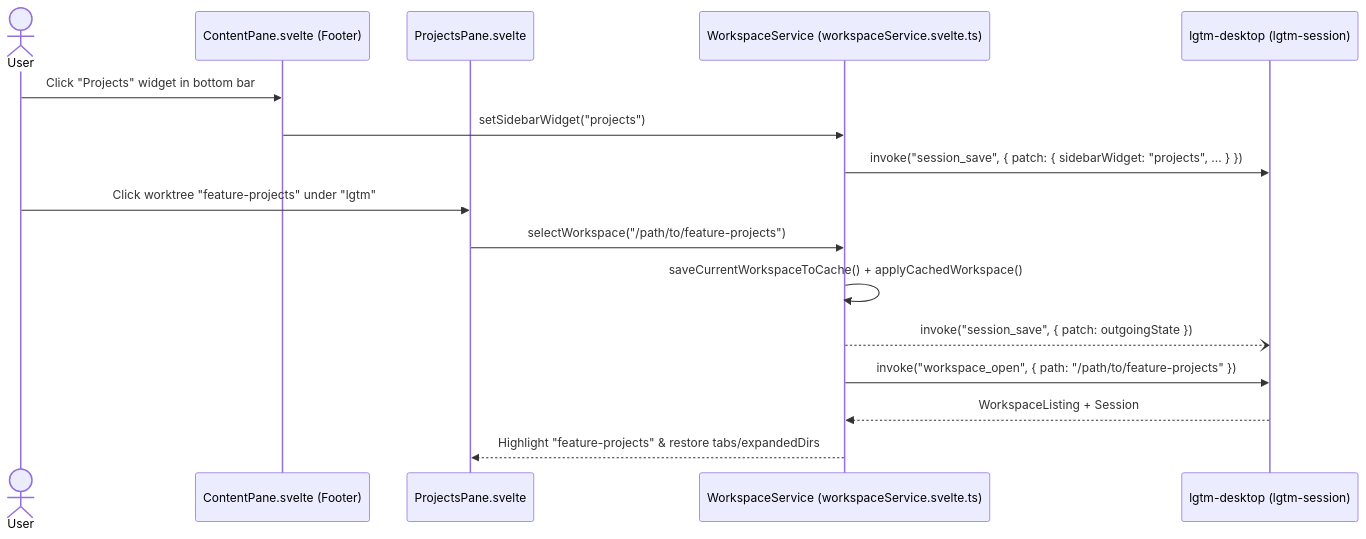
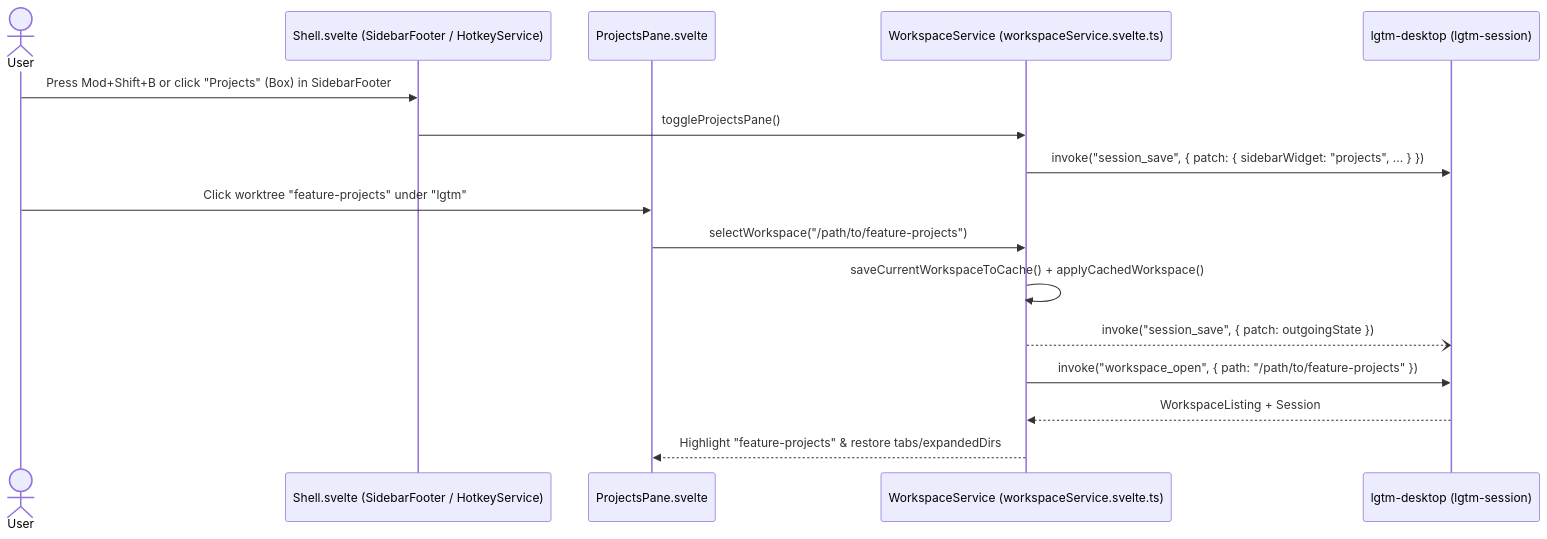
The second of 2 diagrams in docs/architecture/web/projects-pane.md (difflab-io/lgtm), drawn with Mermaid before and after one commit. The commit also changed other lines of this file and 21 other files, not shown here.

First line of the commit message:
feat(ui,web): add side-by-side projects pane, color selector, and project edit dialog

````diff
--- a/docs/architecture/web/projects-pane.md
+++ b/docs/architecture/web/projects-pane.md
@@ -92,20 +109,20 @@
 ```mermaid
 sequenceDiagram
     actor User
-    participant Switch as ContentPane.svelte (Footer)
+    participant Switch as Shell.svelte (SidebarFooter / HotkeyService)
     participant Pane as ProjectsPane.svelte
     participant WsSvc as WorkspaceService (workspaceService.svelte.ts)
     participant Host as lgtm-desktop (lgtm-session)
 
-    User->>Switch: Click "Projects" widget in bottom bar
-    Switch->>WsSvc: setSidebarWidget("projects")
+    User->>Switch: Press Mod+Shift+B or click "Projects" (Box) in SidebarFooter
+    Switch->>WsSvc: toggleProjectsPane()
     WsSvc->>Host: invoke("session_save", { patch: { sidebarWidget: "projects", ... } })
 
     User->>Pane: Click worktree "feature-projects" under "lgtm"
     Pane->>WsSvc: selectWorkspace("/path/to/feature-projects")
     WsSvc->>WsSvc: saveCurrentWorkspaceToCache() + applyCachedWorkspace()
     WsSvc--)Host: invoke("session_save", { patch: outgoingState })
     WsSvc->>Host: invoke("workspace_open", { path: "/path/to/feature-projects" })
     Host-->>WsSvc: WorkspaceListing + Session
     WsSvc-->>Pane: Highlight "feature-projects" & restore tabs/expandedDirs
 ```
````
